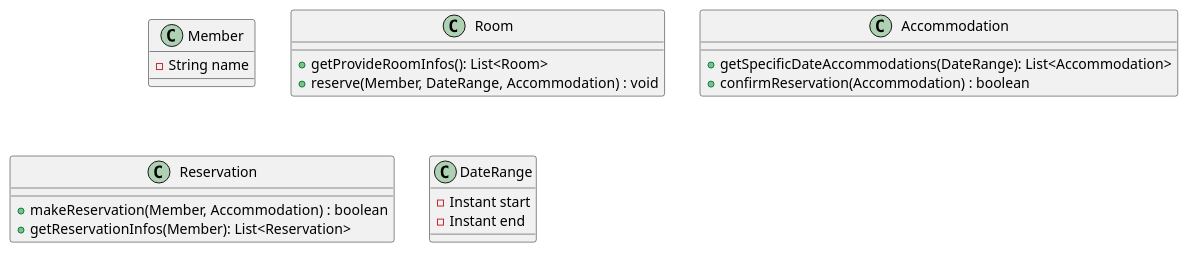
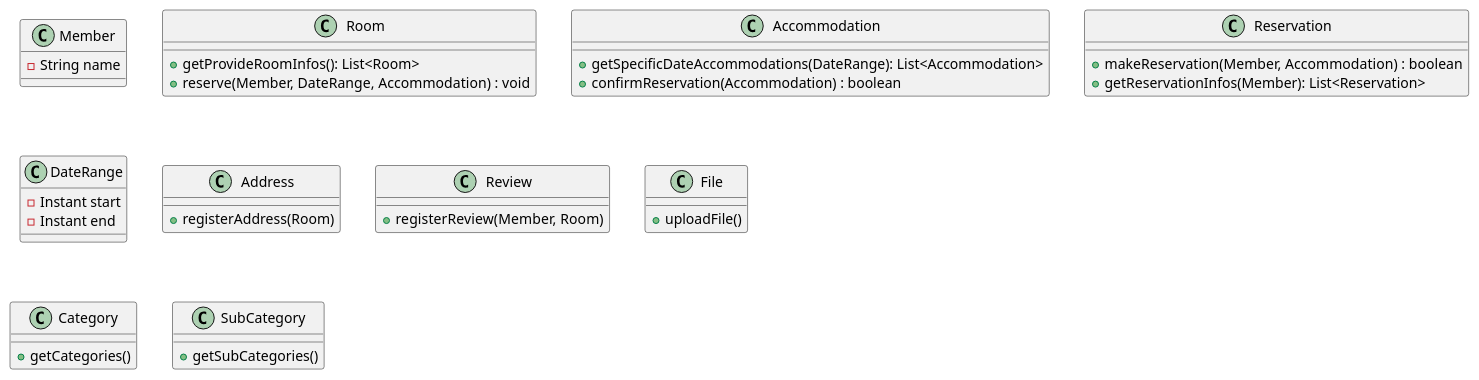
The diagram in class-diagram.puml (f-lab-edu/room-reservation-service), drawn with PlantUML before and after one commit.

Commit message:
feat: 주소, 후기, 파일, 카테고리 클래스 추가

```diff
--- a/class-diagram.puml
+++ b/class-diagram.puml
@@ -1,26 +1,46 @@
 @startuml
 class Member {
   -String name
 }
 
 class Room {
   +getProvideRoomInfos(): List<Room>
   +reserve(Member, DateRange, Accommodation) : void
 }
 
 class Accommodation {
   +getSpecificDateAccommodations(DateRange): List<Accommodation>
   +confirmReservation(Accommodation) : boolean
 }
 
 class Reservation {
   +makeReservation(Member, Accommodation) : boolean
   +getReservationInfos(Member): List<Reservation>
 }
 
 class DateRange {
   -Instant start
   -Instant end
 }
 
+class Address {
+  +registerAddress(Room)
+}
+
+class Review {
+  +registerReview(Member, Room)
+}
+
+class File {
+  +uploadFile()
+}
+
+class Category {
+  +getCategories()
+}
+
+class SubCategory {
+  +getSubCategories()
+}
+
 @enduml
```
